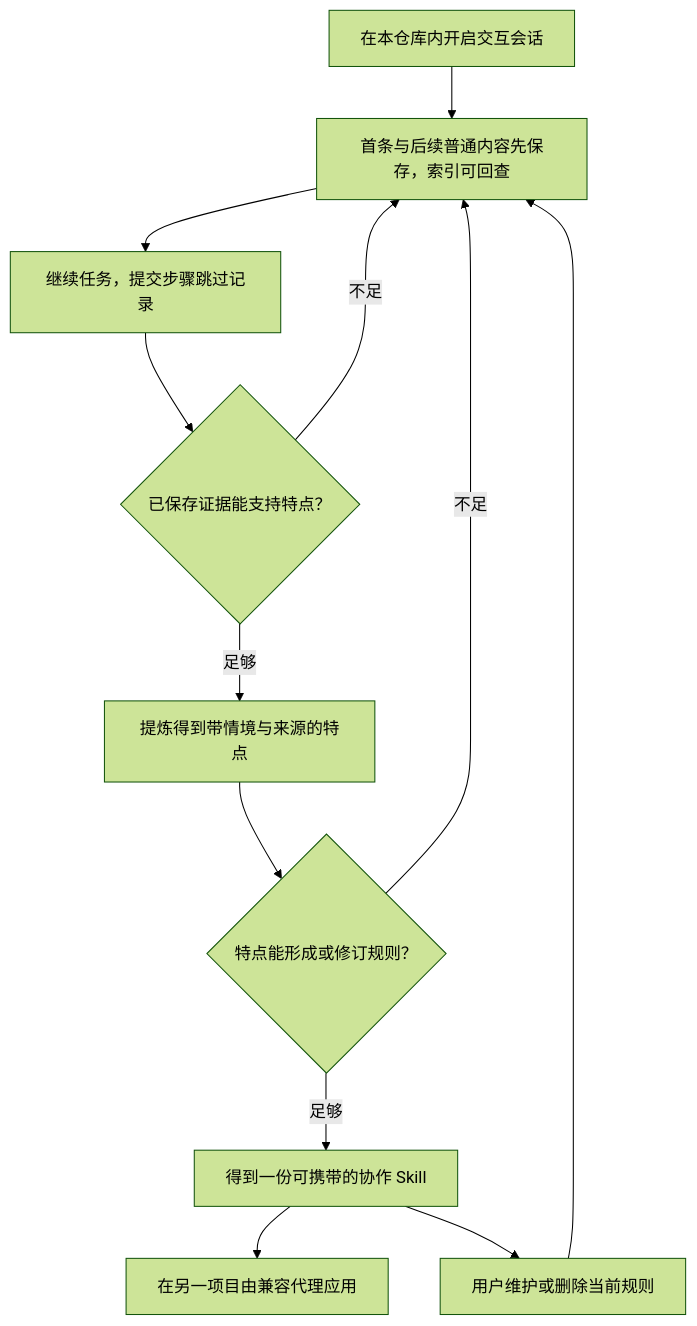
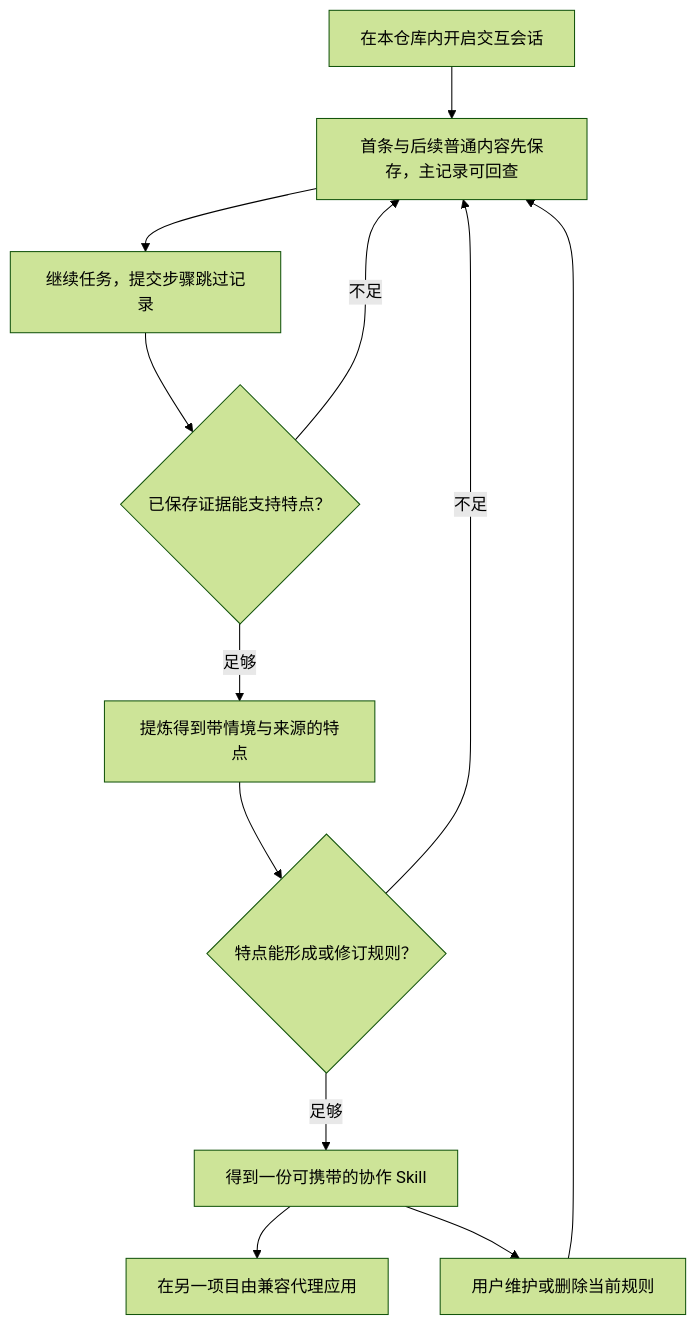
The first of 2 diagrams in specs/skills/002-conversation-to-skill/analysis/spec-analysis/README.md (Ena-Heleneto/agent-foundry), drawn with Mermaid (forest theme) before and after one commit. The commit also changed other lines of this file and 24 other files, not shown here.

````diff
--- a/specs/skills/002-conversation-to-skill/analysis/spec-analysis/README.md
+++ b/specs/skills/002-conversation-to-skill/analysis/spec-analysis/README.md
@@ -75,14 +75,14 @@
 ```mermaid
 flowchart TD
-    A["在本仓库内开启交互会话"] --> B["首条与后续普通内容先保存，索引可回查"]
+    A["在本仓库内开启交互会话"] --> B["首条与后续普通内容先保存，主记录可回查"]
     B --> C["继续任务，提交步骤跳过记录"]
     C --> D{"已保存证据能支持特点？"}
     D -->|不足| B
     D -->|足够| E["提炼得到带情境与来源的特点"]
     E --> F{"特点能形成或修订规则？"}
     F -->|不足| B
     F -->|足够| G["得到一份可携带的协作 Skill"]
     G --> H["在另一项目由兼容代理应用"]
     G --> I["用户维护或删除当前规则"]
     I --> B
 ```
````
